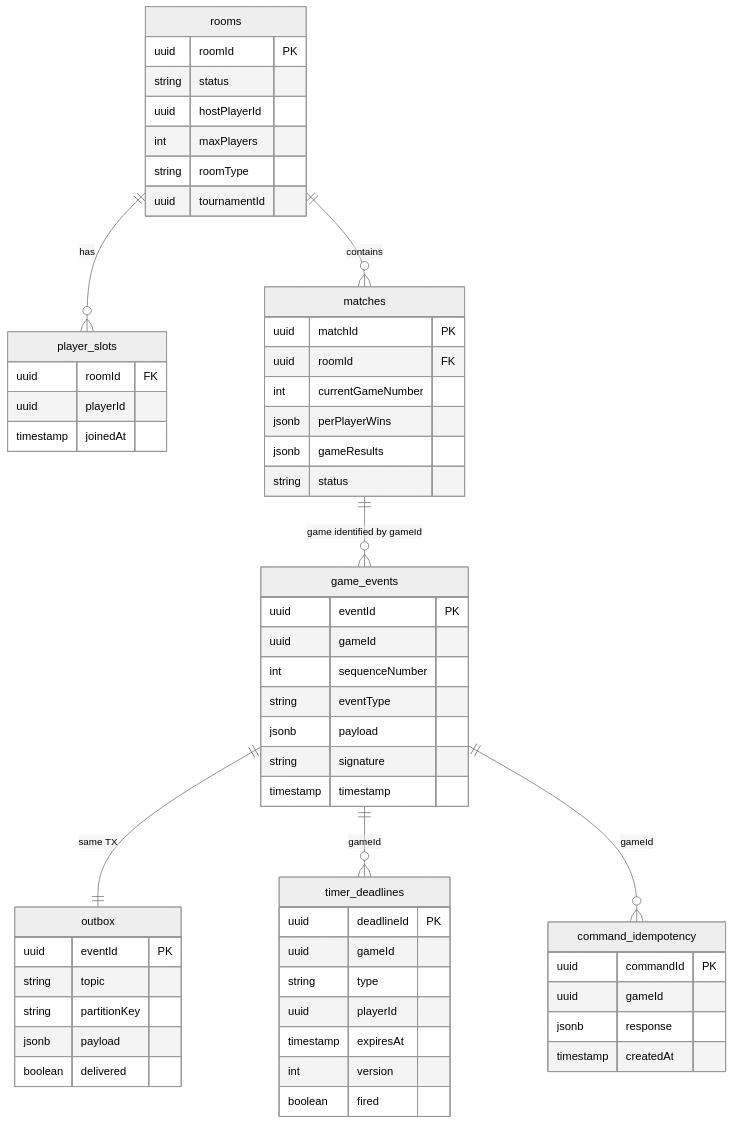
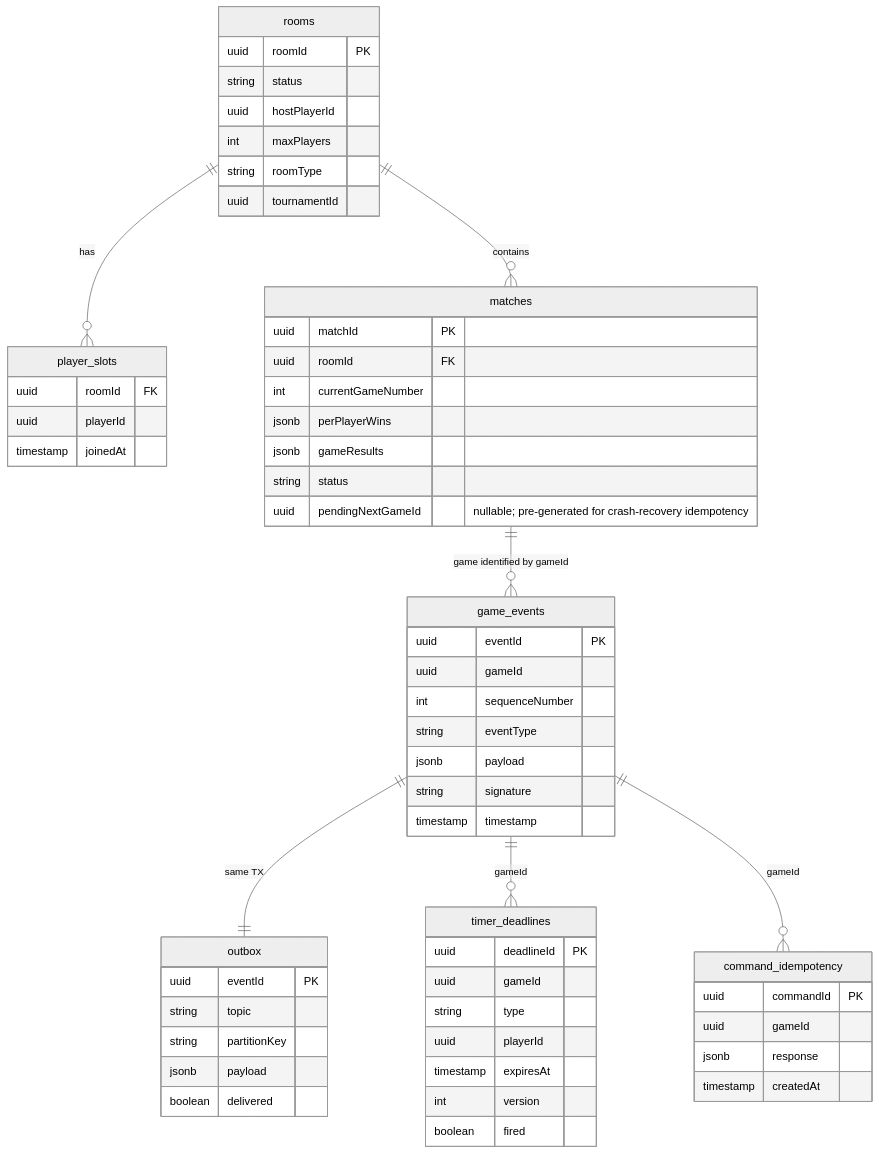
The diagram in spec/architecture/docs/07-persistence.md (berni-245/UnoArena), drawn with Mermaid (neutral theme) before and after one commit. The commit also changed other lines of this file and 16 other files, not shown here.

````diff
--- a/spec/architecture/docs/07-persistence.md
+++ b/spec/architecture/docs/07-persistence.md
@@ -136,68 +142,69 @@
 ```mermaid
 erDiagram
     rooms ||--o{ player_slots : "has"
     rooms ||--o{ matches : "contains"
     matches ||--o{ game_events : "game identified by gameId"
     game_events ||--|| outbox : "same TX"
     game_events ||--o{ timer_deadlines : "gameId"
     game_events ||--o{ command_idempotency : "gameId"
 
     rooms {
         uuid roomId PK
         string status
         uuid hostPlayerId
         int maxPlayers
         string roomType
         uuid tournamentId
     }
 
     player_slots {
         uuid roomId FK
         uuid playerId
         timestamp joinedAt
     }
 
     matches {
         uuid matchId PK
         uuid roomId FK
         int currentGameNumber
         jsonb perPlayerWins
         jsonb gameResults
         string status
+        uuid pendingNextGameId "nullable; pre-generated for crash-recovery idempotency"
     }
 
     game_events {
         uuid eventId PK
         uuid gameId
         int sequenceNumber
         string eventType
         jsonb payload
         string signature
         timestamp timestamp
     }
 
     outbox {
         uuid eventId PK
         string topic
         string partitionKey
         jsonb payload
         boolean delivered
     }
 
     timer_deadlines {
         uuid deadlineId PK
         uuid gameId
         string type
         uuid playerId
         timestamp expiresAt
         int version
         boolean fired
     }
 
     command_idempotency {
         uuid commandId PK
         uuid gameId
         jsonb response
         timestamp createdAt
     }
 ```
````
